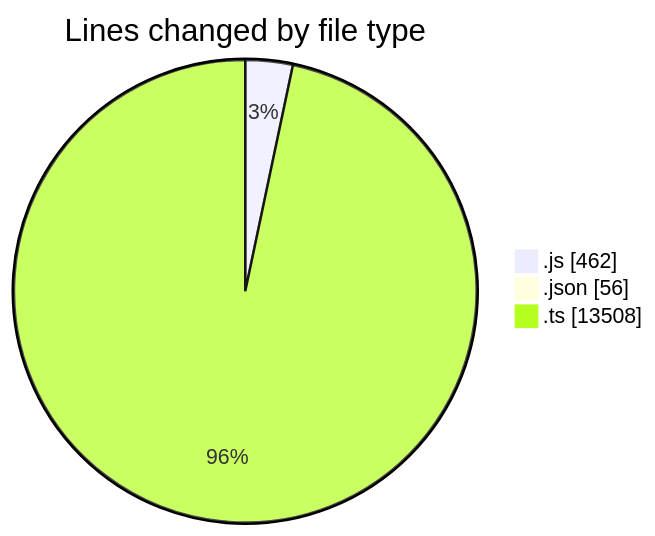
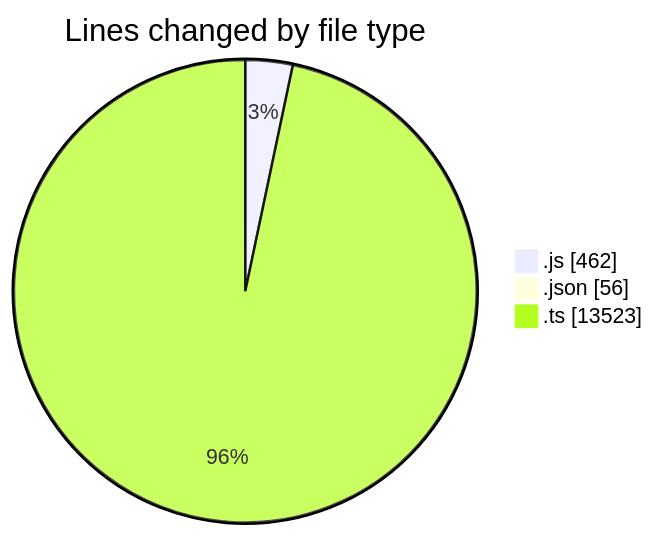
The first of 2 diagrams in 2025-09-04/cda/README.md (momahboobian/code-tracking), drawn with Mermaid before and after one commit. The commit also changed other lines of this file and 1 other file, not shown here.

````diff
--- a/2025-09-04/cda/README.md
+++ b/2025-09-04/cda/README.md
@@ -32,7 +32,7 @@
 ```mermaid
 pie showData
 title Lines changed by file type
 ".js" : 462
 ".json" : 56
-".ts" : 13508
+".ts" : 13523
 ```
````
